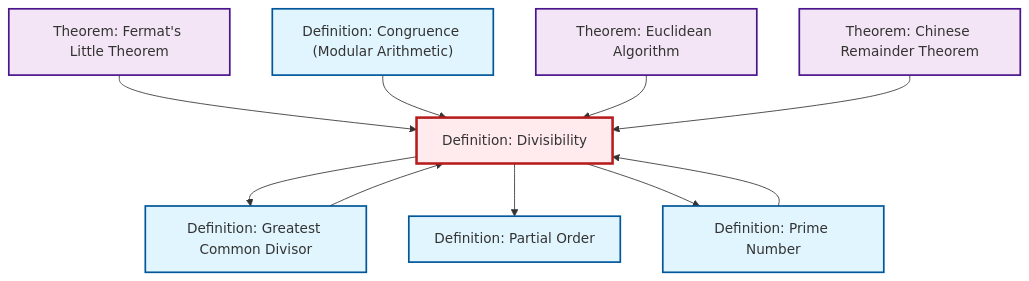
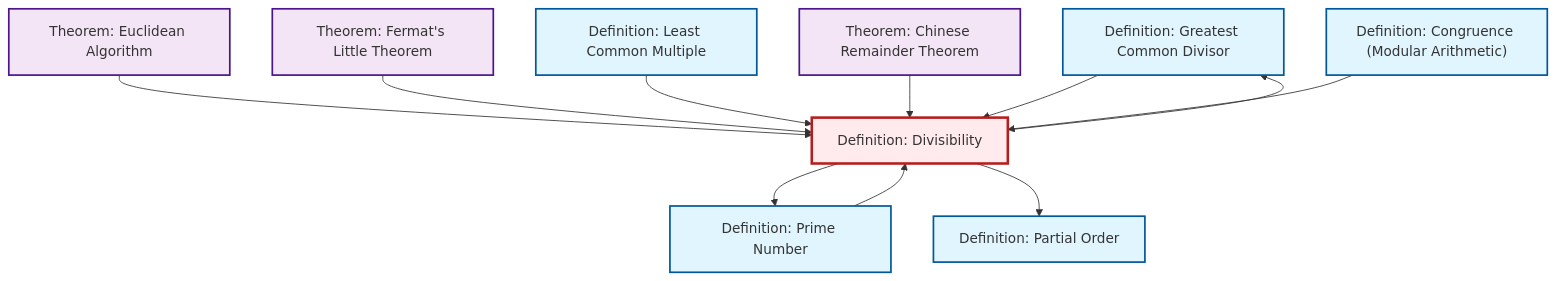
One commit to RK0429/ModernMath changed the diagram in content/en/number-theory/def-divisibility.qmd. Above: the diagram before and after it, drawn with Mermaid. The commit also changed 634 other files, not shown here.

First line of the commit message:
feat: Add prime ideal definition with comprehensive cross-references

````diff
--- a/content/en/number-theory/def-divisibility.qmd
+++ b/content/en/number-theory/def-divisibility.qmd
@@ -88,34 +88,37 @@
 ```{mermaid}
 %%| fig-cap: "Local dependency graph"
 graph TD
     classDef definition fill:#e1f5fe,stroke:#01579b,stroke-width:2px
     classDef theorem fill:#f3e5f5,stroke:#4a148c,stroke-width:2px
     classDef axiom fill:#fff3e0,stroke:#e65100,stroke-width:2px
     classDef example fill:#e8f5e9,stroke:#1b5e20,stroke-width:2px
     classDef current fill:#ffebee,stroke:#b71c1c,stroke-width:3px
+    def-gcd["Definition: Greatest Common Divisor"]:::definition
+    thm-fermat-little["Theorem: Fermat's Little Theorem"]:::theorem
+    def-lcm["Definition: Least Common Multiple"]:::definition
+    def-partial-order["Definition: Partial Order"]:::definition
+    def-congruence["Definition: Congruence (Modular Arithmetic)"]:::definition
     def-divisibility["Definition: Divisibility"]:::definition
-    def-gcd["Definition: Greatest Common Divisor"]:::definition
-    def-congruence["Definition: Congruence (Modular Arithmetic)"]:::definition
+    thm-chinese-remainder["Theorem: Chinese Remainder Theorem"]:::theorem
     def-prime["Definition: Prime Number"]:::definition
-    def-partial-order["Definition: Partial Order"]:::definition
     thm-euclidean-algorithm["Theorem: Euclidean Algorithm"]:::theorem
-    thm-chinese-remainder["Theorem: Chinese Remainder Theorem"]:::theorem
-    thm-fermat-little["Theorem: Fermat's Little Theorem"]:::theorem
+    def-divisibility --> def-prime
+    thm-euclidean-algorithm --> def-divisibility
+    thm-fermat-little --> def-divisibility
     def-divisibility --> def-gcd
-    thm-fermat-little --> def-divisibility
+    def-lcm --> def-divisibility
+    thm-chinese-remainder --> def-divisibility
+    def-gcd --> def-divisibility
+    def-divisibility --> def-partial-order
     def-prime --> def-divisibility
-    def-divisibility --> def-partial-order
-    def-gcd --> def-divisibility
     def-congruence --> def-divisibility
-    thm-euclidean-algorithm --> def-divisibility
-    def-divisibility --> def-prime
-    thm-chinese-remainder --> def-divisibility
     class def-divisibility current
     click def-gcd "def-gcd.html" "Go to Greatest Common Divisor definition"
+    click thm-fermat-little "thm-fermat-little.html" "Go to Fermat's Little Theorem theorem"
+    click def-lcm "def-lcm.html" "Go to Least Common Multiple definition"
+    click def-partial-order "def-partial-order.html" "Go to Partial Order definition"
     click def-congruence "def-congruence.html" "Go to Congruence (Modular Arithmetic) definition"
+    click thm-chinese-remainder "thm-chinese-remainder.html" "Go to Chinese Remainder Theorem theorem"
     click def-prime "def-prime.html" "Go to Prime Number definition"
-    click def-partial-order "def-partial-order.html" "Go to Partial Order definition"
     click thm-euclidean-algorithm "thm-euclidean-algorithm.html" "Go to Euclidean Algorithm theorem"
-    click thm-chinese-remainder "thm-chinese-remainder.html" "Go to Chinese Remainder Theorem theorem"
-    click thm-fermat-little "thm-fermat-little.html" "Go to Fermat's Little Theorem theorem"
 ```
````
